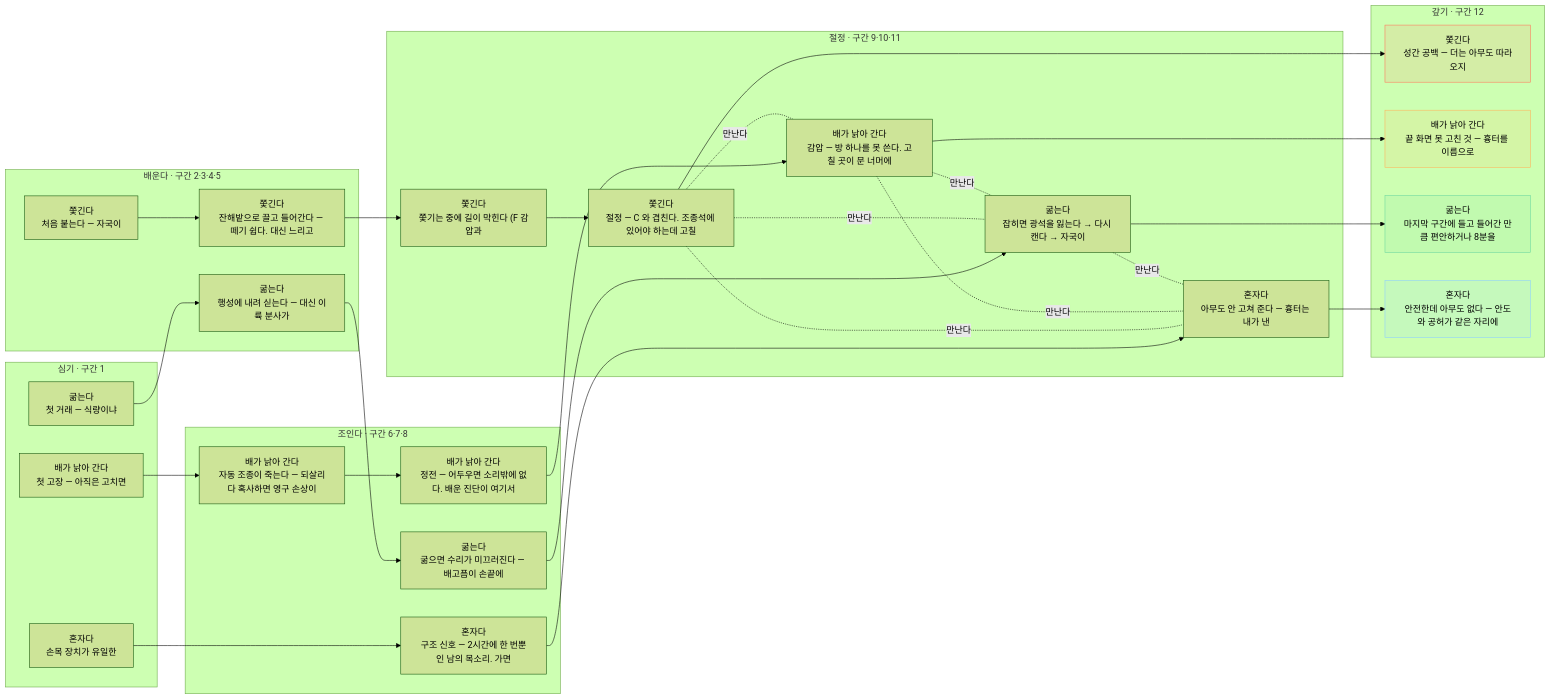
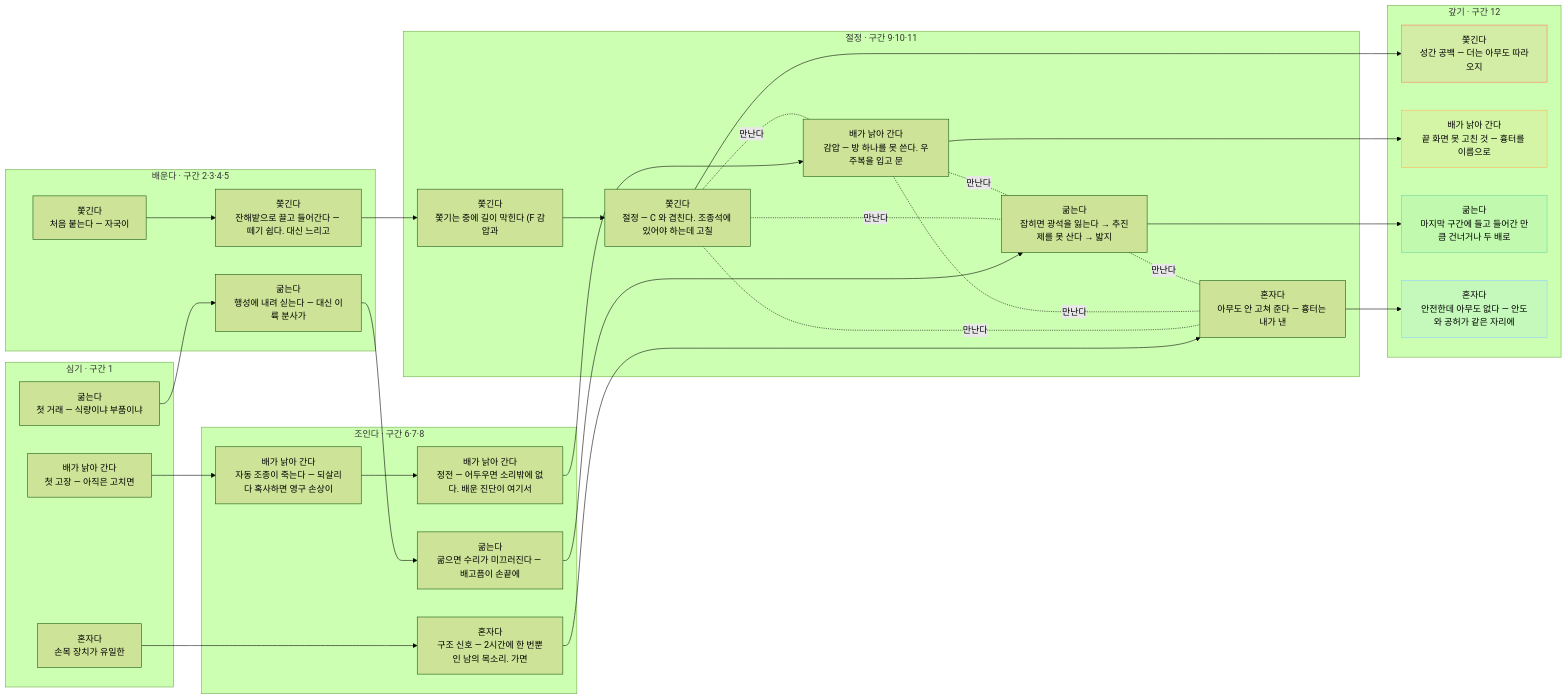
Before and after one commit to tepalmafia/DungeonCrawler: the diagram in docs/space/STORY.md, drawn with Mermaid (forest theme). The commit also changed other lines of this file and 32 other files, not shown here.

````diff
--- a/docs/space/STORY.md
+++ b/docs/space/STORY.md
@@ -13,57 +13,57 @@
 ```mermaid
 graph LR
   subgraph P1["심기 · 구간 1"]
     worn1s["배가 낡아 간다<br/>첫 고장 — 아직은 고치면"]
-    hungry1s["굶는다<br/>첫 거래 — 식량이냐"]
+    hungry1s["굶는다<br/>첫 거래 — 식량이냐 부품이냐"]
     alone1s["혼자다<br/>손목 장치가 유일한"]
   end
   subgraph P2["배운다 · 구간 2·3·4·5"]
     hunted2s["쫓긴다<br/>처음 붙는다 — 자국이"]
     hunted5t["쫓긴다<br/>잔해밭으로 끌고 들어간다 — 떼기 쉽다. 대신 느리고"]
     hungry3t["굶는다<br/>행성에 내려 싣는다 — 대신 이륙 분사가"]
   end
   subgraph P6["조인다 · 구간 6·7·8"]
     worn6t["배가 낡아 간다<br/>자동 조종이 죽는다 — 되살리다 혹사하면 영구 손상이"]
     worn8t["배가 낡아 간다<br/>정전 — 어두우면 소리밖에 없다. 배운 진단이 여기서"]
     hungry7t["굶는다<br/>굶으면 수리가 미끄러진다 — 배고픔이 손끝에"]
     alone7t["혼자다<br/>구조 신호 — 2시간에 한 번뿐인 남의 목소리. 가면"]
   end
   subgraph P9["절정 · 구간 9·10·11"]
     hunted9t["쫓긴다<br/>쫓기는 중에 길이 막힌다 (F 감압과"]
     hunted11t["쫓긴다<br/>절정 — C 와 겹친다. 조종석에 있어야 하는데 고칠"]
-    worn9t["배가 낡아 간다<br/>감압 — 방 하나를 못 쓴다. 고칠 곳이 문 너머에"]
-    hungry10t["굶는다<br/>잡히면 광석을 잃는다 → 다시 캔다 → 자국이"]
+    worn9t["배가 낡아 간다<br/>감압 — 방 하나를 못 쓴다. 우주복을 입고 문"]
+    hungry10t["굶는다<br/>잡히면 광석을 잃는다 → 추진제를 못 산다 → 밟지"]
     alone11t["혼자다<br/>아무도 안 고쳐 준다 — 흉터는 내가 낸"]
   end
   subgraph P12["갚기 · 구간 12"]
     hunted12p["쫓긴다<br/>성간 공백 — 더는 아무도 따라오지"]
     worn12p["배가 낡아 간다<br/>끝 화면 못 고친 것 — 흉터를 이름으로"]
-    hungry12p["굶는다<br/>마지막 구간에 들고 들어간 만큼 편안하거나 8분을"]
+    hungry12p["굶는다<br/>마지막 구간에 들고 들어간 만큼 건너거나 두 배로"]
     alone12p["혼자다<br/>안전한데 아무도 없다 — 안도와 공허가 같은 자리에"]
   end
   hunted2s --> hunted5t
   hunted5t --> hunted9t
   hunted9t --> hunted11t
   hunted11t --> hunted12p
   worn1s --> worn6t
   worn6t --> worn8t
   worn8t --> worn9t
   worn9t --> worn12p
   hungry1s --> hungry3t
   hungry3t --> hungry7t
   hungry7t --> hungry10t
   hungry10t --> hungry12p
   alone1s --> alone7t
   alone7t --> alone11t
   alone11t --> alone12p
   hunted11t -.만난다.- worn9t
   hunted11t -.만난다.- hungry10t
   hunted11t -.만난다.- alone11t
   worn9t -.만난다.- hungry10t
   worn9t -.만난다.- alone11t
   hungry10t -.만난다.- alone11t
   style hunted12p fill:#ff7a5c22,stroke:#ff7a5c
   style worn12p fill:#ffb45c22,stroke:#ffb45c
   style hungry12p fill:#6fd8a022,stroke:#6fd8a0
   style alone12p fill:#8fd0ff22,stroke:#8fd0ff
 ```
````
